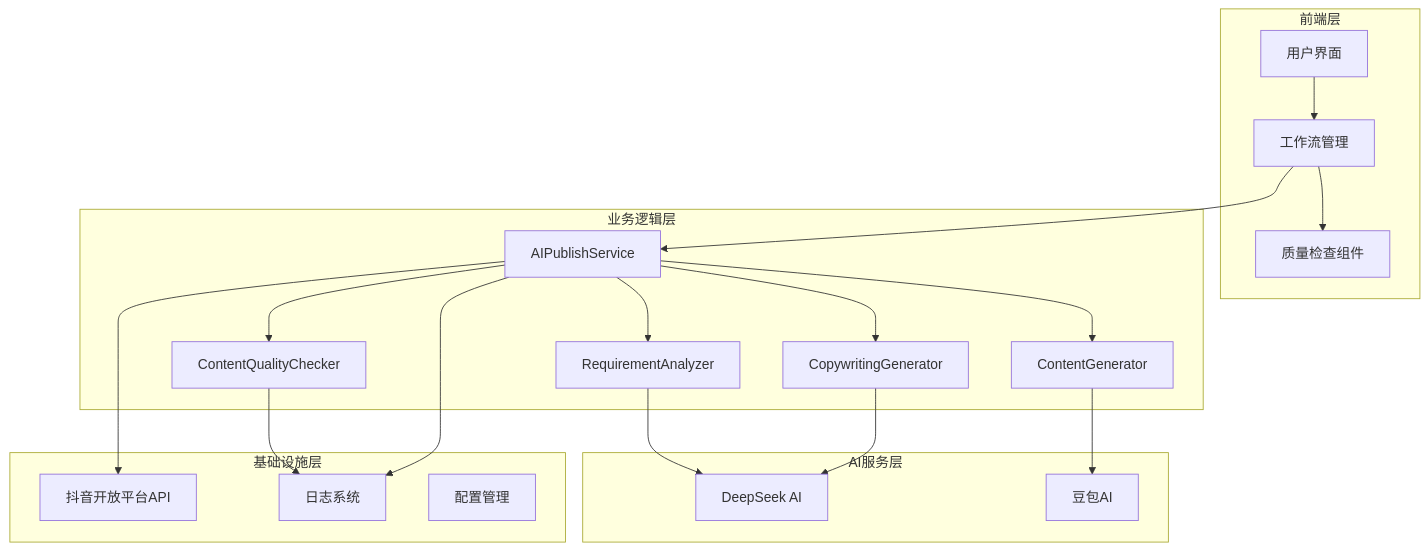
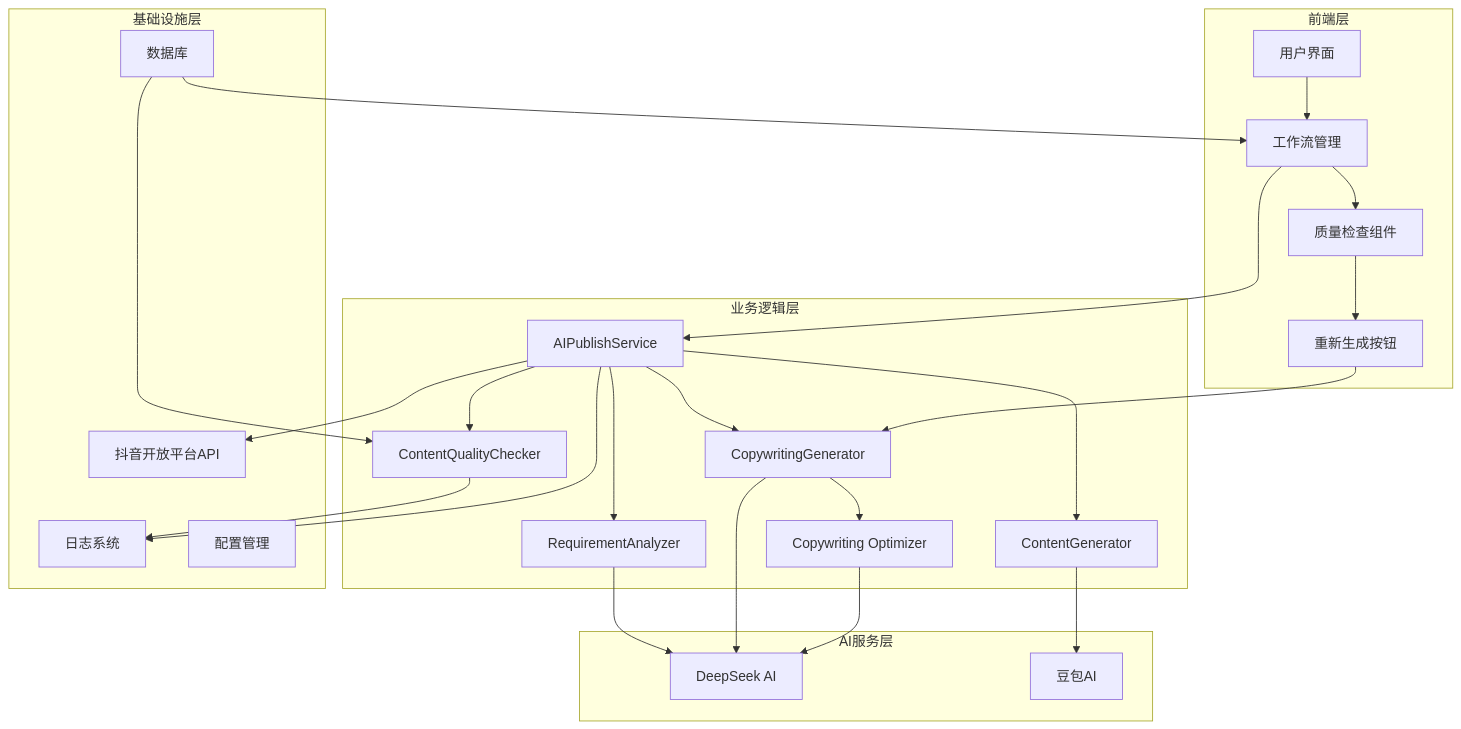
Before and after one commit to songdiyang/clawOperations: the first of 8 diagrams in .qoder/repowiki/zh/content/核心模块详解/内容质量检查系统.md, drawn with Mermaid. The commit also changed other lines of this file and 8 other files, not shown here.

````diff
--- a/.qoder/repowiki/zh/content/核心模块详解/内容质量检查系统.md
+++ b/.qoder/repowiki/zh/content/核心模块详解/内容质量检查系统.md
@@ -48,37 +59,46 @@
 ```mermaid
 graph TB
 subgraph "前端层"
 UI[用户界面]
 Workflow[工作流管理]
 QualityCheck[质量检查组件]
+Regenerate[重新生成按钮]
 end
 subgraph "业务逻辑层"
 AIPublish[AIPublishService]
 QualityChecker[ContentQualityChecker]
 Analyzer[RequirementAnalyzer]
 Generator[ContentGenerator]
 Copywriter[CopywritingGenerator]
+Optimizer[Copywriting Optimizer]
 end
 subgraph "AI服务层"
 DeepSeek[DeepSeek AI]
 Doubao[豆包AI]
 end
 subgraph "基础设施层"
 DouyinAPI[抖音开放平台API]
 Logger[日志系统]
 Config[配置管理]
+DB[数据库]
 end
 UI --> Workflow
 Workflow --> AIPublish
 AIPublish --> Analyzer
 AIPublish --> Generator
 AIPublish --> Copywriter
 AIPublish --> QualityChecker
 Analyzer --> DeepSeek
 Generator --> Doubao
 Copywriter --> DeepSeek
+Copywriter --> Optimizer
+Optimizer --> DeepSeek
 AIPublish --> DouyinAPI
 QualityChecker --> Logger
 AIPublish --> Logger
 Workflow --> QualityCheck
+QualityCheck --> Regenerate
+Regenerate --> Copywriter
+DB --> Workflow
+DB --> QualityChecker
 ```
````
